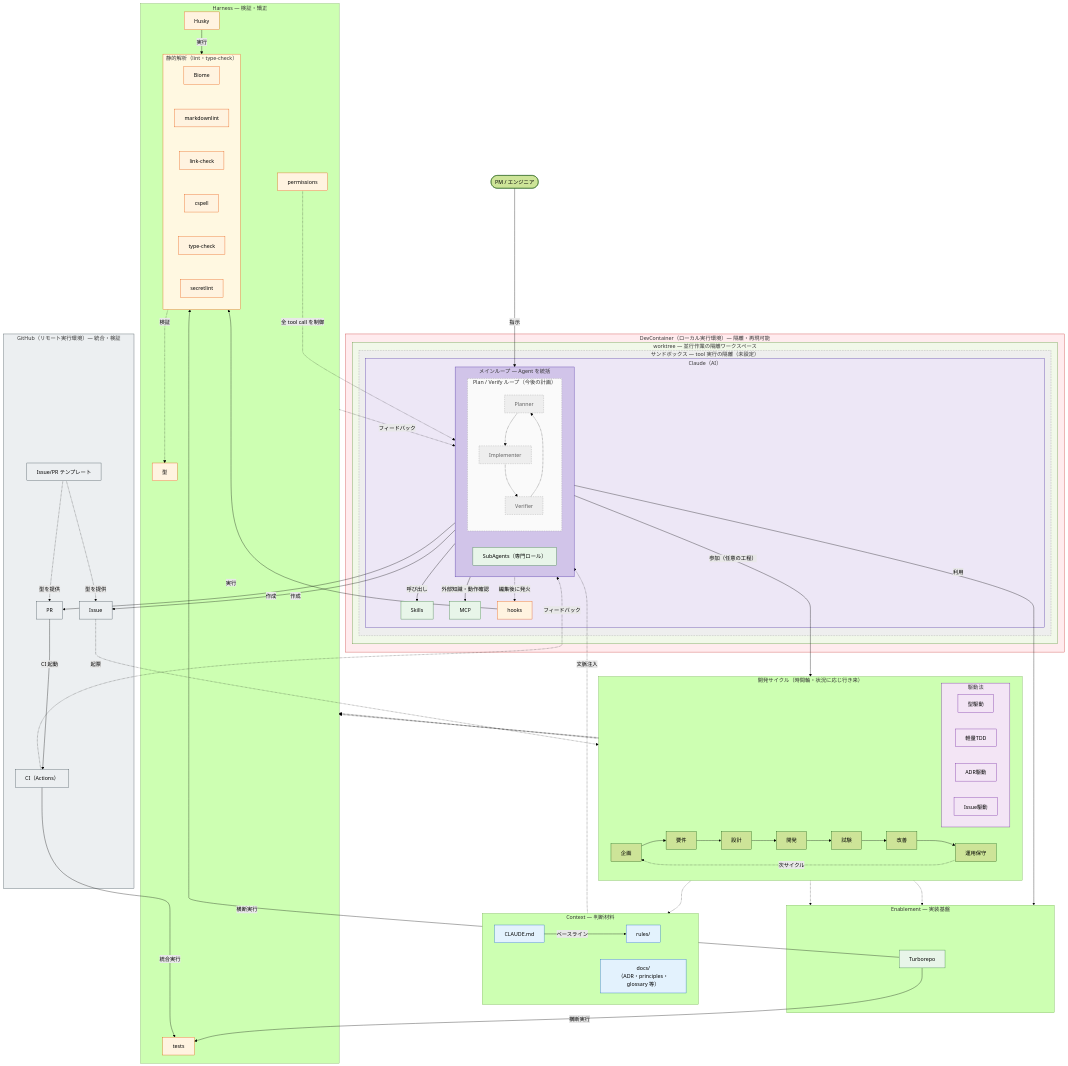
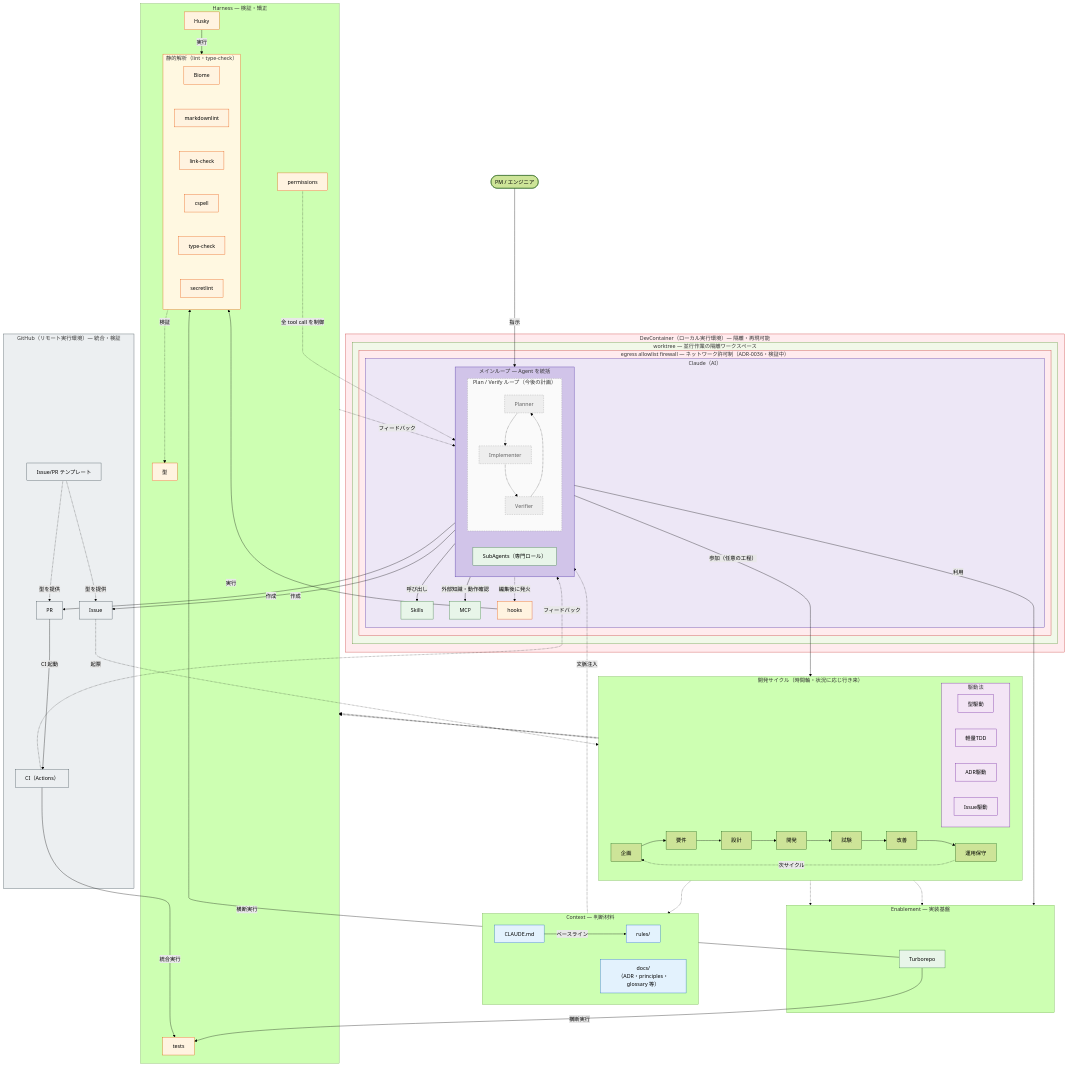
Before and after one commit to kuairen-227/agent-team-studio: the diagram in docs/guides/ai-driven-development.md, drawn with Mermaid (forest theme). The commit also changed other lines of this file and 6 other files, not shown here.

First line of the commit message:
chore(devcontainer): egress allowlist firewall を導入 (#271)

```diff
--- a/docs/guides/ai-driven-development.md
+++ b/docs/guides/ai-driven-development.md
@@ -26,7 +26,7 @@
 flowchart TB
     subgraph dc["DevContainer（ローカル実行環境）— 隔離・再現可能"]
         subgraph wt["worktree — 並行作業の隔離ワークスペース"]
-            subgraph sb["サンドボックス — tool 実行の隔離（未設定）"]
+            subgraph sb["egress allowlist firewall — ネットワーク許可制（ADR-0036・検証中）"]
                 subgraph ai["Claude（AI）"]
                     subgraph ML["メインループ — Agent を統括"]
                         AGT["SubAgents（専門ロール）"]
@@ -113,7 +113,7 @@
     class CI,TPL,ISS,PR g
     class PL,IMP,VER f
     style dc fill:#ffebee,stroke:#c62828
-    style sb fill:#eeeeee,stroke:#9e9e9e,stroke-dasharray:5 3
+    style sb fill:#ffebee,stroke:#c62828
     style wt fill:#f1f8e9,stroke:#558b2f
     style ai fill:#ede7f6,stroke:#4527a0
     style ML fill:#d1c4e9,stroke:#4527a0
```
